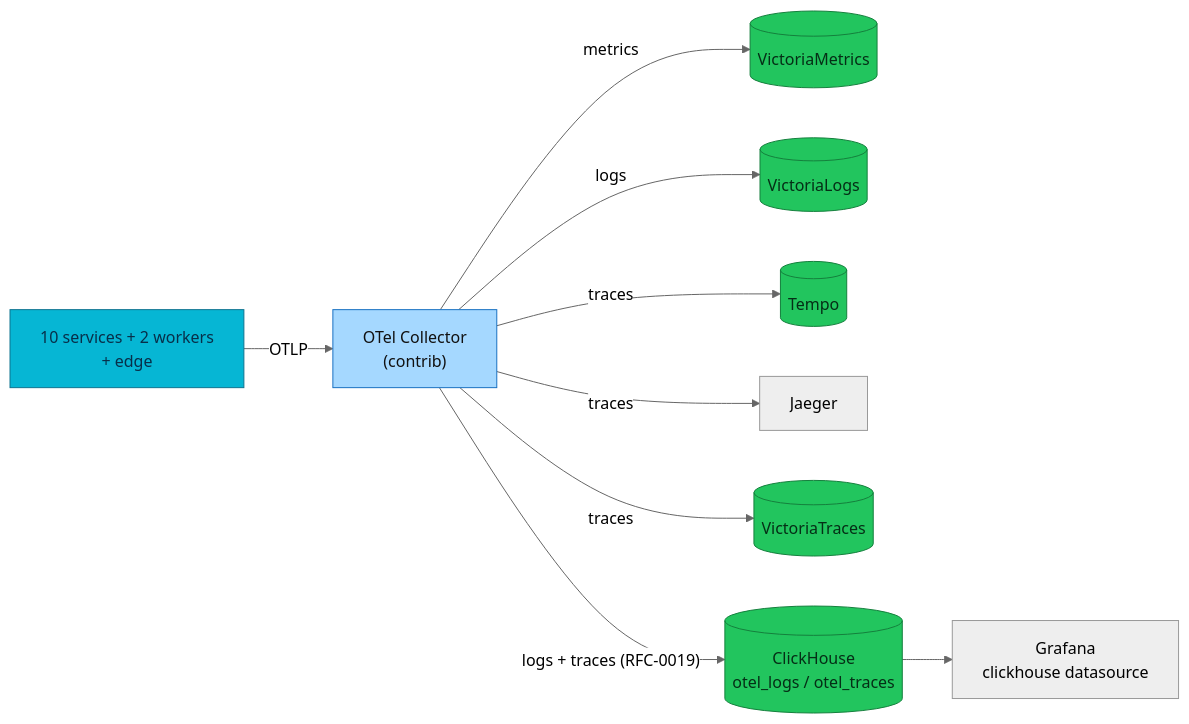
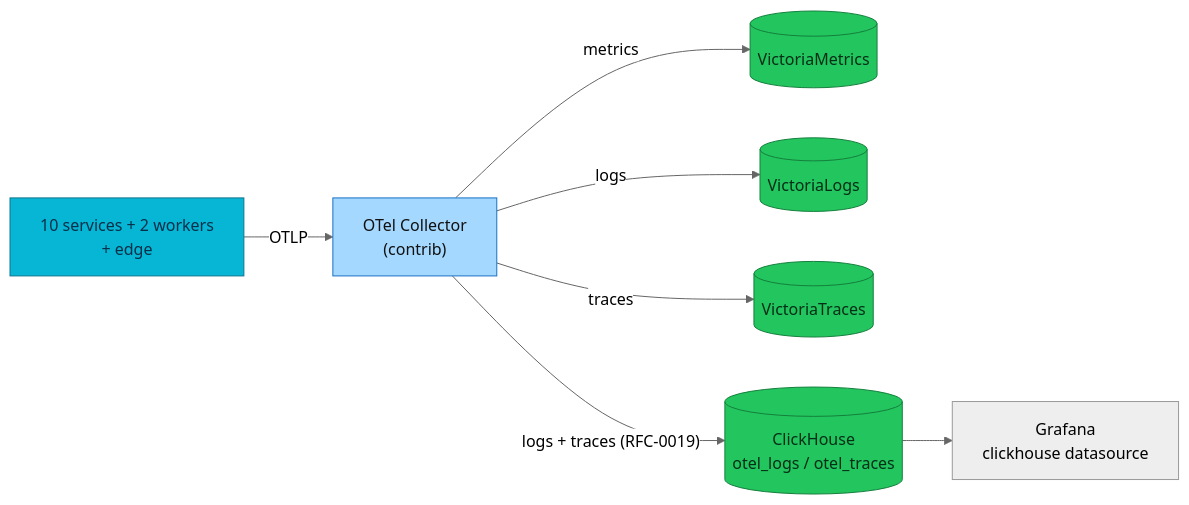
One commit to duynhlab/homelab changed the third of 3 diagrams in docs/observability/clickhouse/README.md. Above: the diagram before and after it, drawn with Mermaid (neutral theme). The commit also changed other lines of this file and 57 other files, not shown here.

````diff
--- a/docs/observability/clickhouse/README.md
+++ b/docs/observability/clickhouse/README.md
@@ -167,18 +167,16 @@
 ```mermaid
 flowchart LR
   Apps["10 services + 2 workers<br/>+ edge"] -->|OTLP| Col["OTel Collector<br/>(contrib)"]
   Col -->|metrics| VM[("VictoriaMetrics")]
   Col -->|logs| VL[("VictoriaLogs")]
-  Col -->|traces| Tempo[("Tempo")]
-  Col -->|traces| Jae["Jaeger"]
   Col -->|traces| VT[("VictoriaTraces")]
   Col -->|"logs + traces (RFC-0019)"| CH[("ClickHouse<br/>otel_logs / otel_traces")]
   CH --> Graf["Grafana<br/>clickhouse datasource"]
 
   classDef service fill:#06b6d4,color:#082f49,stroke:#0e7490;
   classDef data fill:#22c55e,color:#052e16,stroke:#15803d;
   classDef collector fill:#a5d8ff,color:#111,stroke:#1971c2;
   class Apps service;
   class Col collector;
-  class VM,VL,Tempo,VT,CH data;
+  class VM,VL,VT,CH data;
 ```
````
